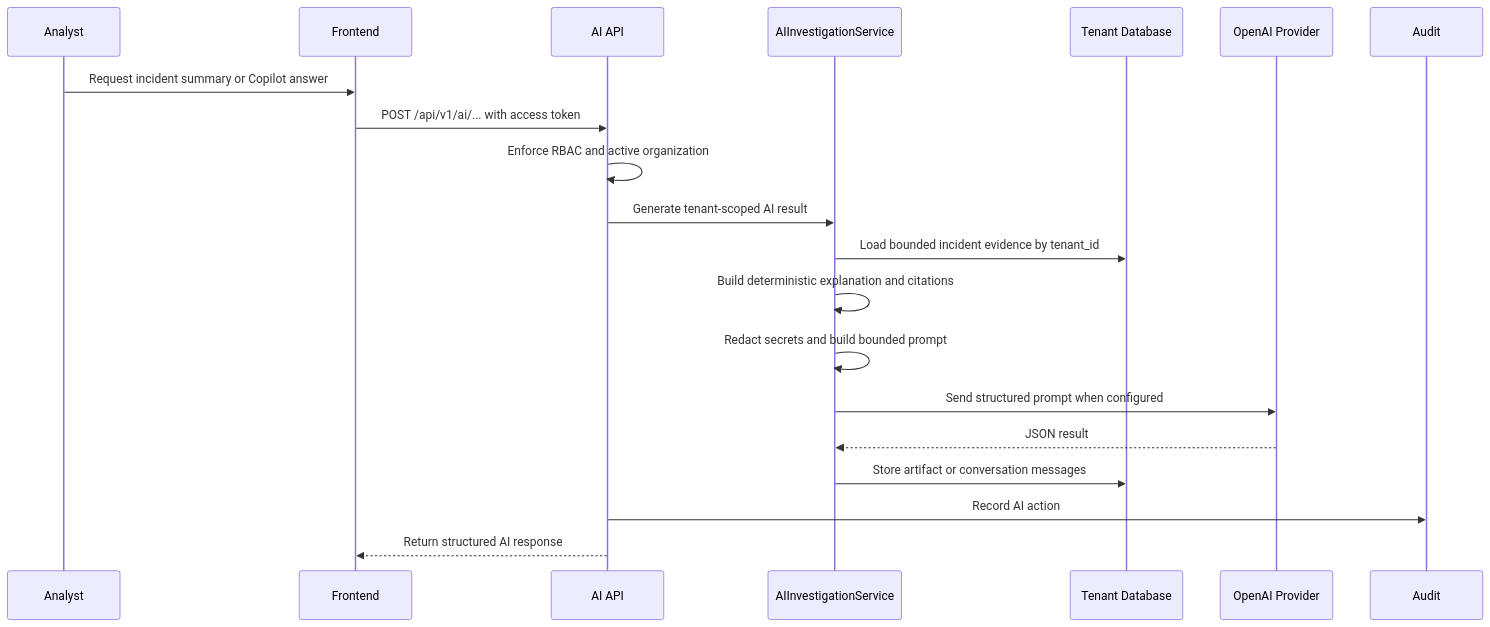
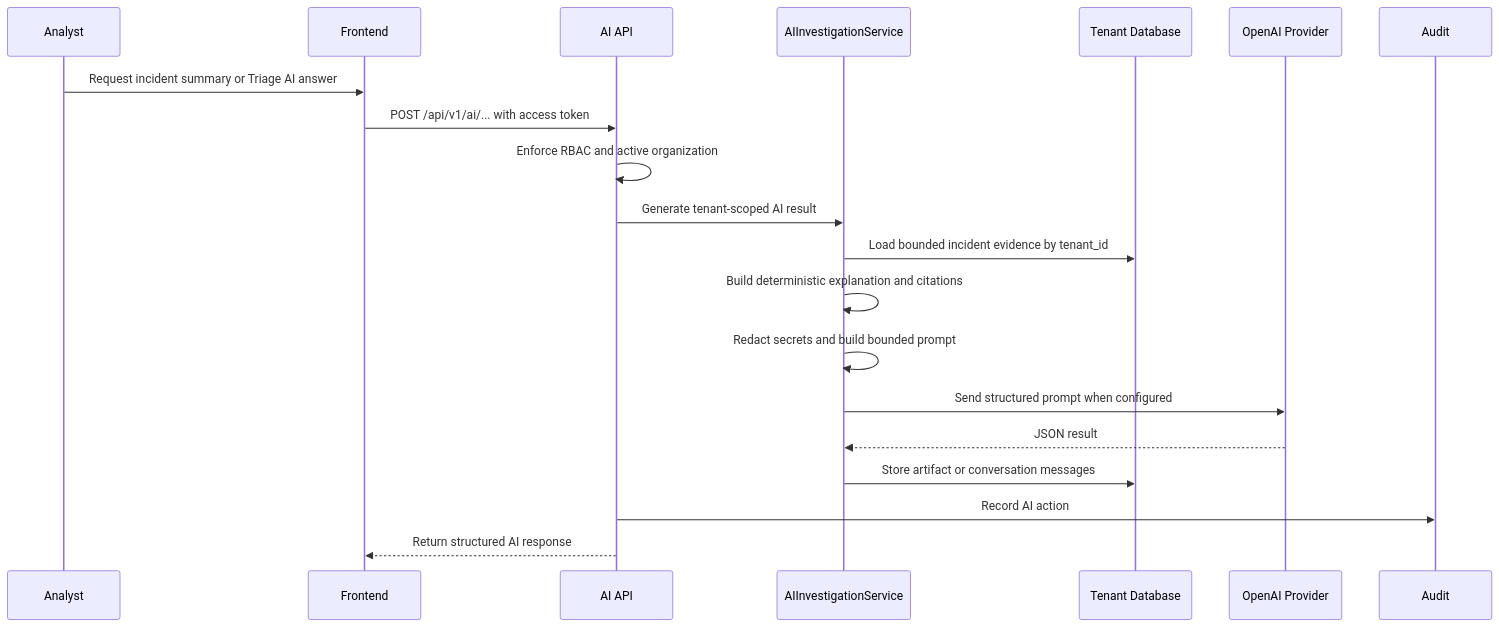
Before and after one commit to ShkS44D/Socluma: the third of 3 diagrams in ARCHITECTURE.md, drawn with Mermaid. The commit also changed other lines of this file and 206 other files, not shown here.

````diff
--- a/ARCHITECTURE.md
+++ b/ARCHITECTURE.md
@@ -193,23 +229,23 @@
 ```mermaid
 sequenceDiagram
     participant Analyst
     participant Frontend
     participant API as AI API
     participant Service as AIInvestigationService
     participant DB as Tenant Database
     participant LLM as OpenAI Provider
     participant Audit
 
-    Analyst->>Frontend: Request incident summary or Copilot answer
+    Analyst->>Frontend: Request incident summary or Triage AI answer
     Frontend->>API: POST /api/v1/ai/... with access token
     API->>API: Enforce RBAC and active organization
     API->>Service: Generate tenant-scoped AI result
     Service->>DB: Load bounded incident evidence by tenant_id
     Service->>Service: Build deterministic explanation and citations
     Service->>Service: Redact secrets and build bounded prompt
     Service->>LLM: Send structured prompt when configured
     LLM-->>Service: JSON result
     Service->>DB: Store artifact or conversation messages
     API->>Audit: Record AI action
     API-->>Frontend: Return structured AI response
 ```
````
